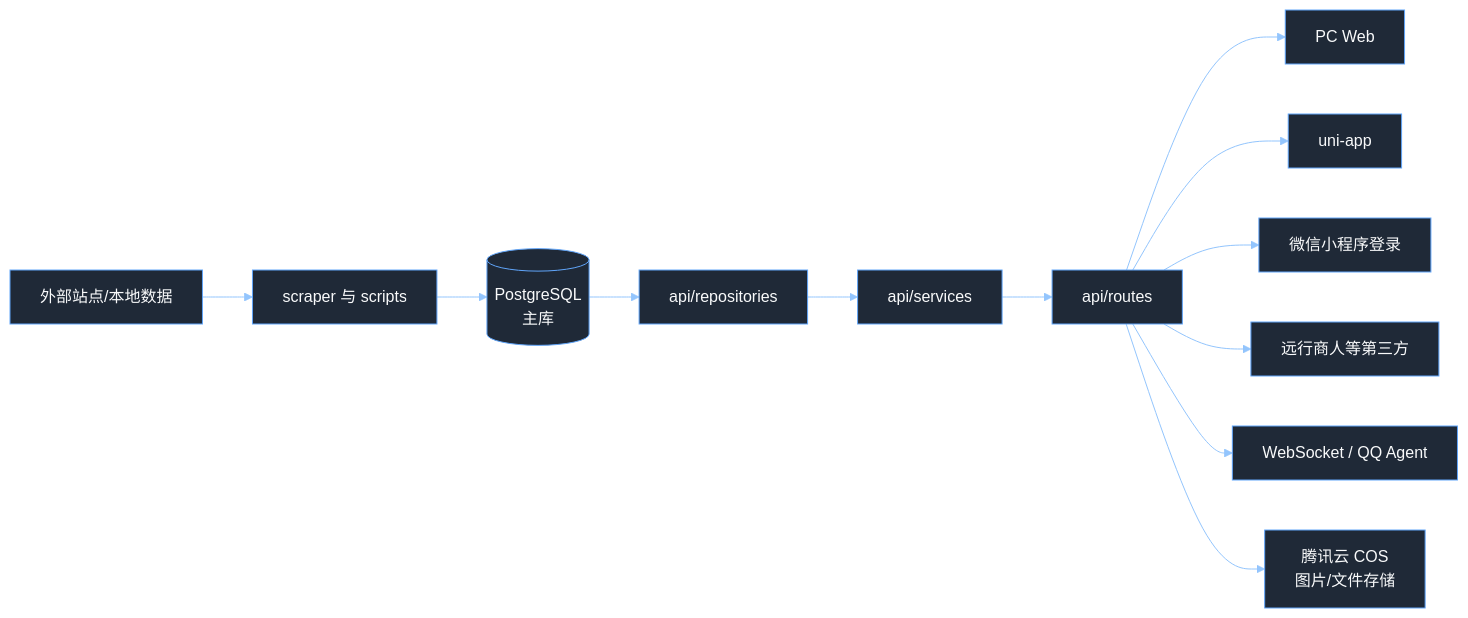
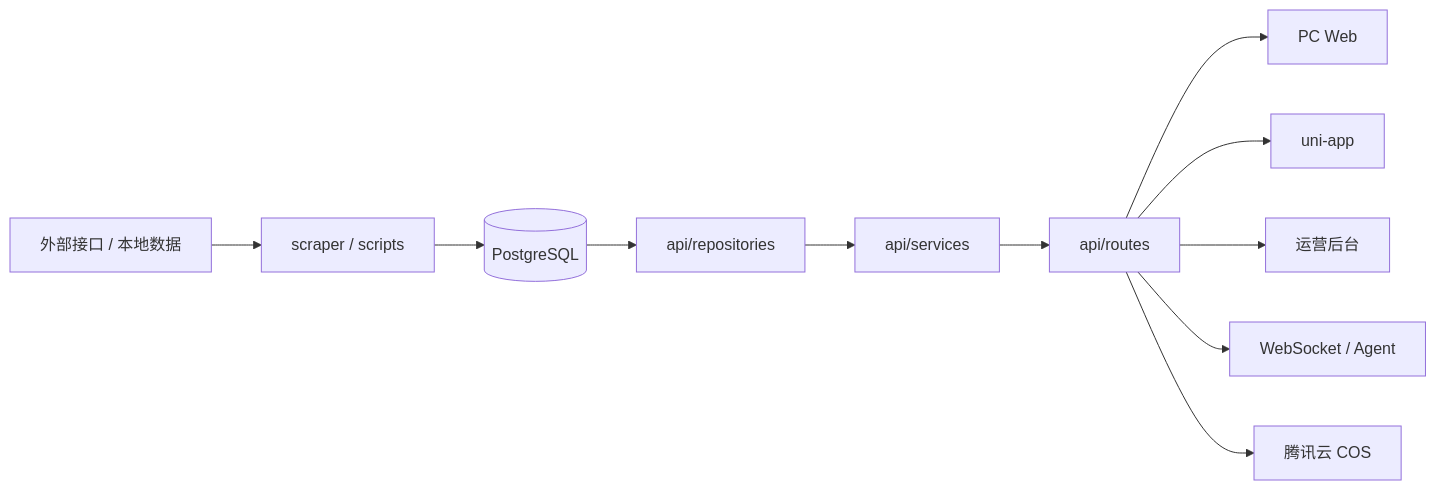
Before and after one commit to woshiyaba/gulu-gui: the diagram in README.md, drawn with Mermaid. The commit also changed other lines of this file and 1 other file, not shown here.

````diff
--- a/README.md
+++ b/README.md
@@ -49,15 +60,13 @@
 ```mermaid
-%%{init: {"theme": "base", "themeVariables": {"background": "#111827", "primaryColor": "#1f2937", "primaryTextColor": "#f9fafb", "primaryBorderColor": "#60a5fa", "lineColor": "#93c5fd", "secondaryColor": "#172554", "tertiaryColor": "#0f172a"}}}%%
 flowchart LR
-  source["外部站点/本地数据"] --> scraper["scraper 与 scripts"]
-  scraper --> pg[("PostgreSQL<br/>主库")]
+  source["外部接口 / 本地数据"] --> scripts["scraper / scripts"]
+  scripts --> pg[("PostgreSQL")]
   pg --> repo["api/repositories"]
   repo --> service["api/services"]
-  service --> route["api/routes"]
-  route --> pc["PC Web"]
-  route --> mini["uni-app"]
-  route --> wx["微信小程序登录"]
-  route --> third["远行商人等第三方"]
-  route --> ws["WebSocket / QQ Agent"]
-  route --> oss["腾讯云 COS<br/>图片/文件存储"]
+  service --> routes["api/routes"]
+  routes --> pc["PC Web"]
+  routes --> mini["uni-app"]
+  routes --> ops["运营后台"]
+  routes --> ws["WebSocket / Agent"]
+  routes --> cos["腾讯云 COS"]
 ```
````
